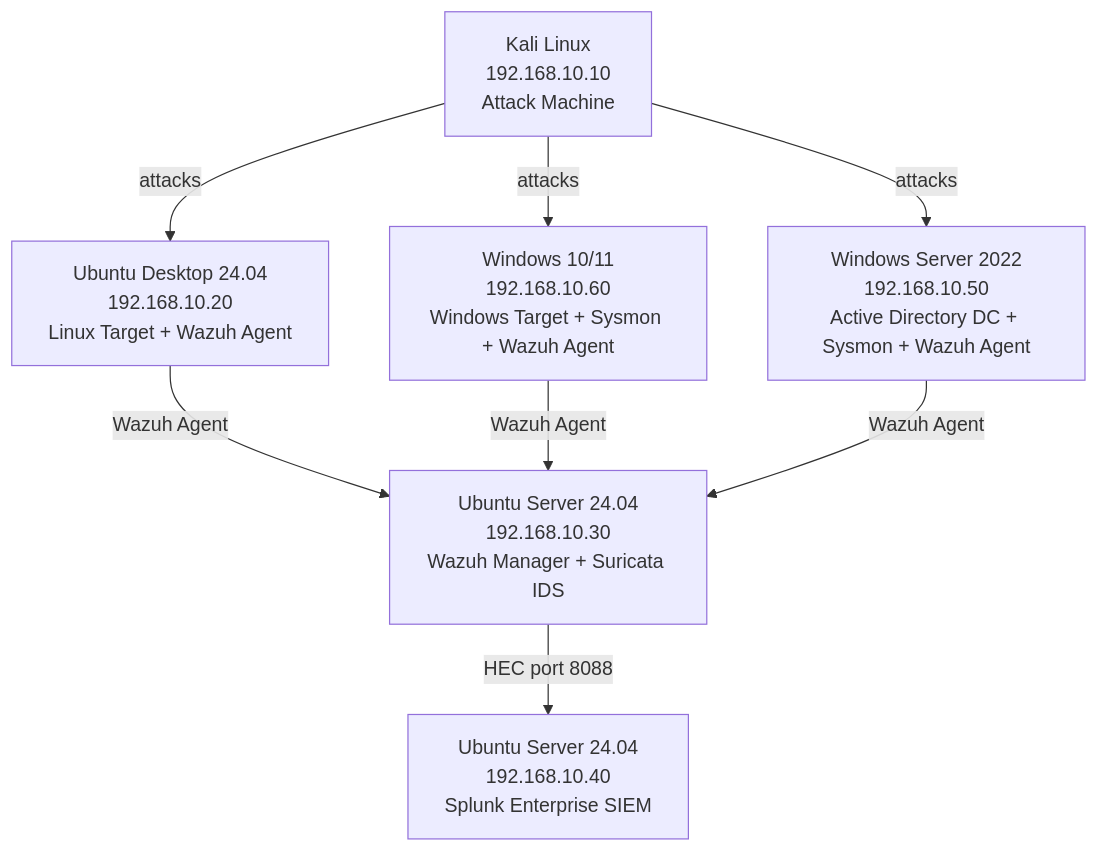
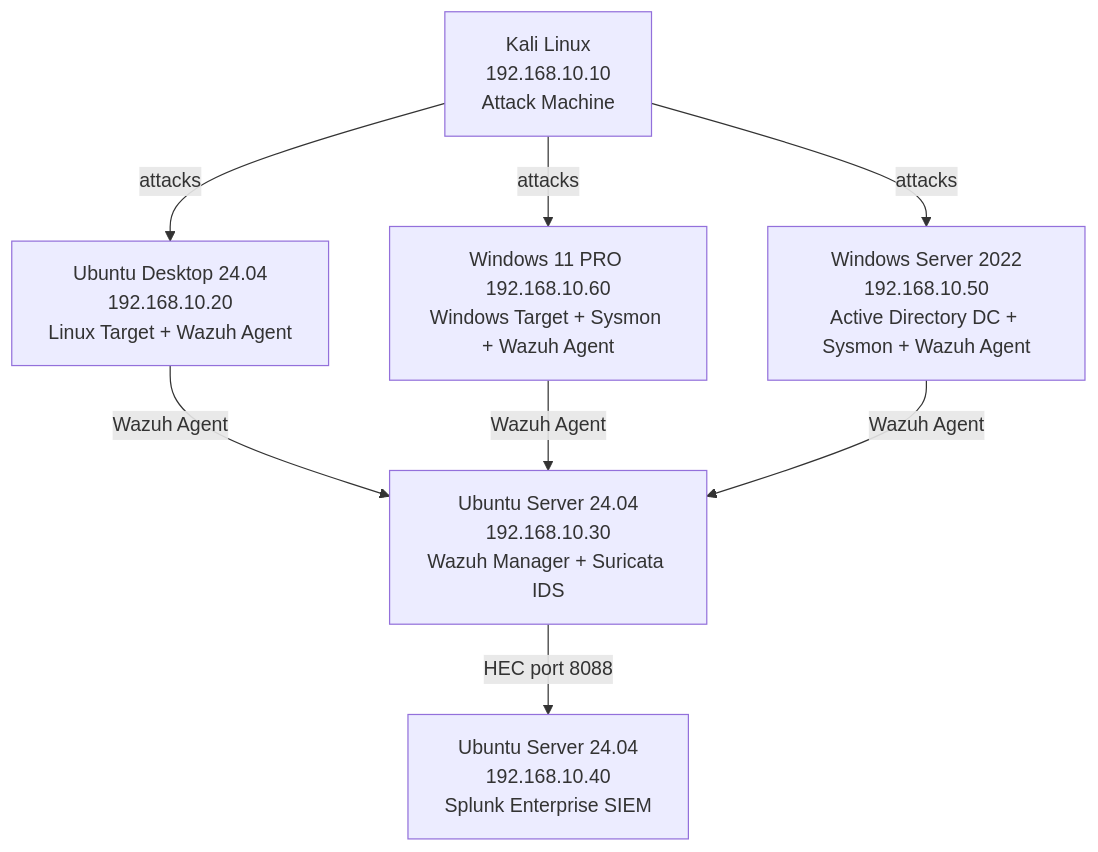
The first of 2 diagrams in README.md (DanielBandarica02/SOC-HomeLab), drawn with Mermaid before and after one commit. The commit also changed other lines of this file, not shown here.

````diff
--- a/README.md
+++ b/README.md
@@ -15,10 +15,10 @@
 ```mermaid
 flowchart TD
     A[" Kali Linux\n192.168.10.10\nAttack Machine"] -->|"attacks"| B[" Ubuntu Desktop 24.04\n192.168.10.20\nLinux Target + Wazuh Agent"]
-    A -->|"attacks"| E[" Windows 10/11\n192.168.10.60\nWindows Target + Sysmon + Wazuh Agent"]
+    A -->|"attacks"| E[" Windows 11 PRO \n192.168.10.60\nWindows Target + Sysmon + Wazuh Agent"]
     A -->|"attacks"| F[" Windows Server 2022\n192.168.10.50\nActive Directory DC + Sysmon + Wazuh Agent"]
     B -->|"Wazuh Agent"| C[" Ubuntu Server 24.04\n192.168.10.30\nWazuh Manager + Suricata IDS"]
     E -->|"Wazuh Agent"| C
     F -->|"Wazuh Agent"| C
     C -->|"HEC port 8088"| D[" Ubuntu Server 24.04\n192.168.10.40\nSplunk Enterprise SIEM"]
 ```
````
